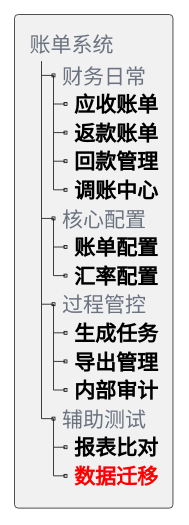
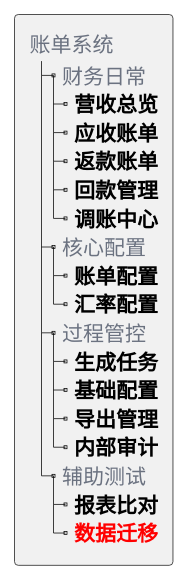
One commit to jack888332/projects-doc changed diagram 19 of 19 in product-caliber/bms/prd/PRD.账单系统.md. Above: the diagram before and after it, drawn with PlantUML. The commit also changed other lines of this file and 10 other files, not shown here.

````diff
--- a/product-caliber/bms/prd/PRD.账单系统.md
+++ b/product-caliber/bms/prd/PRD.账单系统.md
@@ -3987,24 +4093,26 @@
 ```plantuml
 @startuml
 skinparam defaultFontName Microsoft YaHei
 
 rectangle tree [
   <color:#6B7280>账单系统</color>
   |_ <color:#6B7280>财务日常</color>
+    |_ <b>营收总览</b>
     |_ <b>应收账单</b>
     |_ <b>返款账单</b>
     |_ <b>回款管理</b>
     |_ <b>调账中心</b>
   |_ <color:#6B7280>核心配置</color>
     |_ <b>账单配置</b>
     |_ <b>汇率配置</b>
   |_ <color:#6B7280>过程管控</color>
     |_ <b>生成任务</b>
+    |_ <b>基础配置</b>
     |_ <b>导出管理</b>
     |_ <b>内部审计</b>
   |_ <color:#6B7280>辅助测试</color>
     |_ <b>报表比对</b>
     |_ <color:red><b>数据迁移</b></color>
 ]
 @enduml
 ```
````
